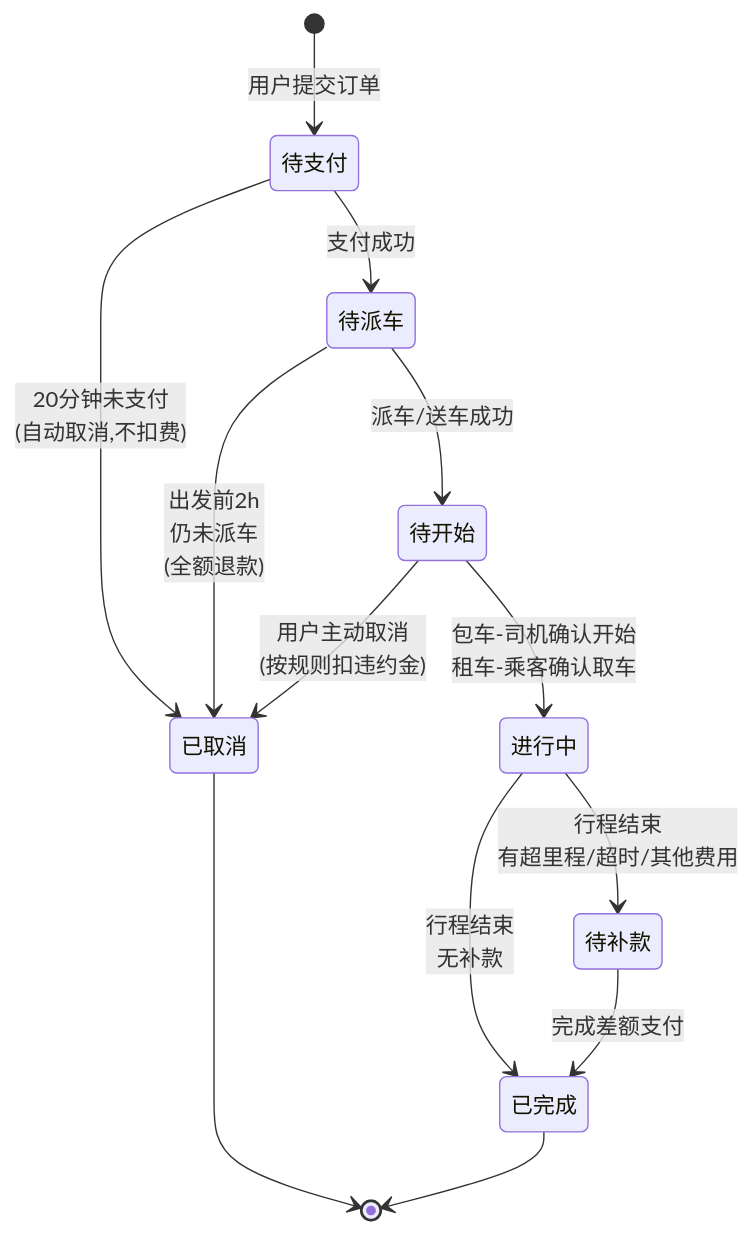
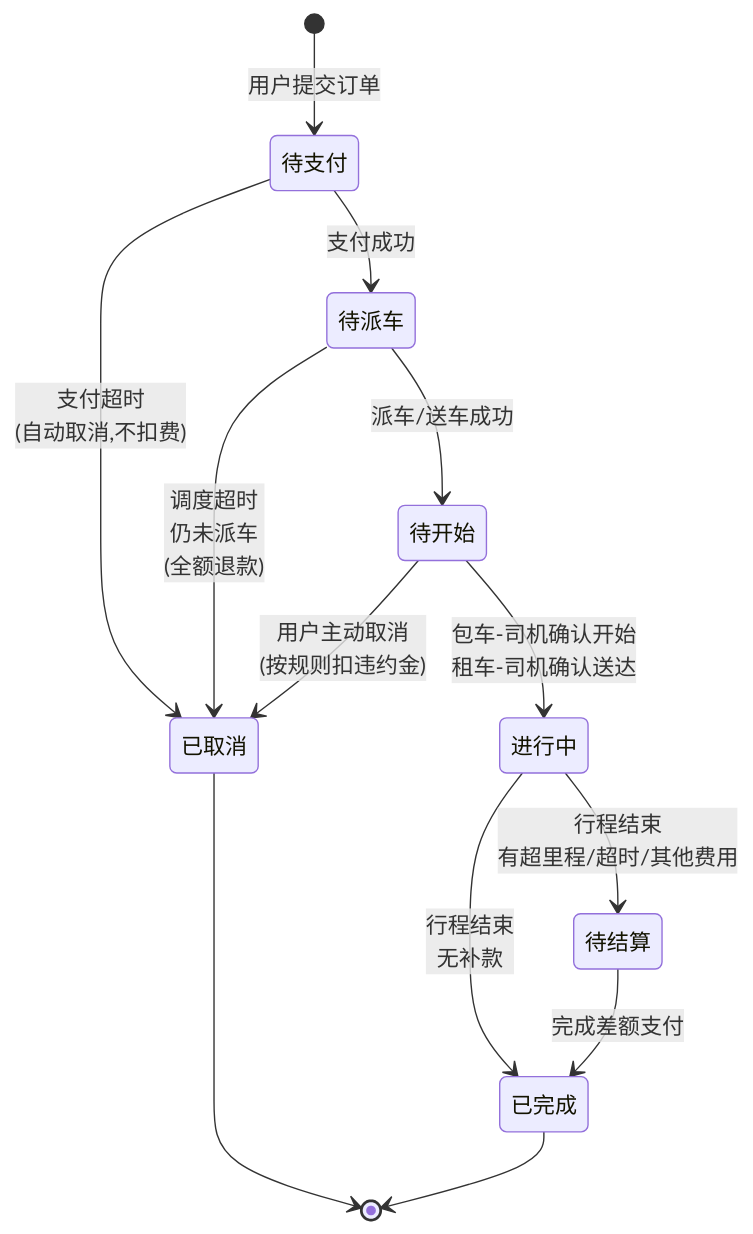
One commit to klayhuzhenx/zunchuxing changed the fifth of 9 diagrams in 乘客端需求规格说明.md. Above: the diagram before and after it, drawn with Mermaid. The commit also changed other lines of this file and 237 other files, not shown here.

````diff
--- a/乘客端需求规格说明.md
+++ b/乘客端需求规格说明.md
@@ -888,15 +1096,29 @@
 ```mermaid
+
 stateDiagram-v2
+
     [*] --> 待支付: 用户提交订单
-    待支付 --> 已取消: 20分钟未支付<br/>(自动取消,不扣费)
+
+    待支付 --> 已取消: 支付超时<br/>(自动取消,不扣费)
+
     待支付 --> 待派车: 支付成功
-    待派车 --> 已取消: 出发前2h<br/>仍未派车<br/>(全额退款)
+
+    待派车 --> 已取消: 调度超时<br/>仍未派车<br/>(全额退款)
+
     待派车 --> 待开始: 派车/送车成功
+
     待开始 --> 已取消: 用户主动取消<br/>(按规则扣违约金)
-    待开始 --> 进行中: 包车-司机确认开始<br/>租车-乘客确认取车
+
+    待开始 --> 进行中: 包车-司机确认开始<br/>租车-司机确认送达
+
     进行中 --> 已完成: 行程结束<br/>无补款
-    进行中 --> 待补款: 行程结束<br/>有超里程/超时/其他费用
-    待补款 --> 已完成: 完成差额支付
+
+    进行中 --> 待结算: 行程结束<br/>有超里程/超时/其他费用
+
+    待结算 --> 已完成: 完成差额支付
+
     已完成 --> [*]
+
     已取消 --> [*]
+
 ```
````
